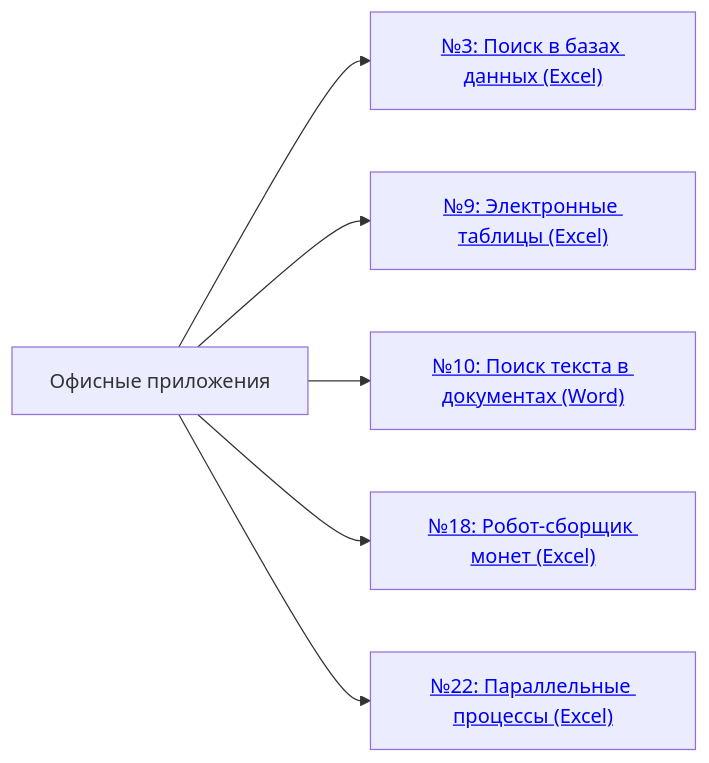
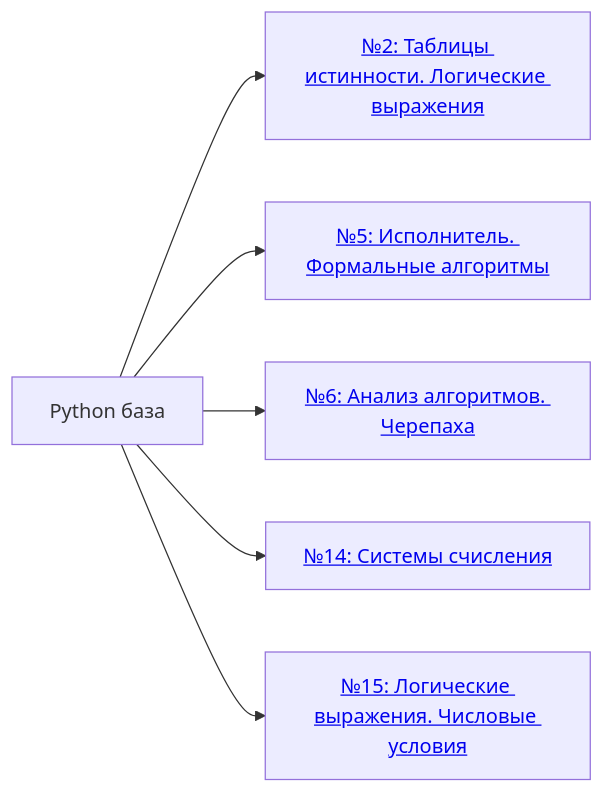
One commit to scharfff/spbpu-inf-course changed the third of 6 diagrams in README.md. Above: the diagram before and after it, drawn with Mermaid. The commit also changed other lines of this file and 30 other files, not shown here.

````diff
--- a/README.md
+++ b/README.md
@@ -114,15 +111,15 @@
 ```mermaid
 flowchart LR
-  T3["Офисные приложения"]
-  T3 --> T3a["<a href='https://github.com/scharfff/spbpu-inf-course/tree/2026/Задание_3_Поиск_БД'>№3: Поиск в базах данных (Excel)</a>"]
-  T3 --> T3b["<a href='https://github.com/scharfff/spbpu-inf-course/tree/2026/Задание_9_Электронные_таблицы'>№9: Электронные таблицы (Excel)</a>"]
-  T3 --> T3c["<a href='https://github.com/scharfff/spbpu-inf-course/tree/2026/Задание_10_Обработка_текстовой_информации'>№10: Поиск текста в документах (Word)</a>"]
-  T3 --> T3d["<a href='https://github.com/scharfff/spbpu-inf-course/tree/2026/Задание_18_Робот_сборщик_монет'>№18: Робот-сборщик монет (Excel)</a>"]
-  T3 --> T3e["<a href='https://github.com/scharfff/spbpu-inf-course/tree/2026/Задание_22_Вычислительные_процессы'>№22: Параллельные процессы (Excel)</a>"]
+  T3["Python база"]
+  T3 --> T3a["<a href='https://github.com/scharfff/spbpu-inf-course/tree/2027/Задание_2_Таблицы_истинности'>№2: Таблицы истинности. Логические выражения</a>"]
+  T3 --> T3b["<a href='https://github.com/scharfff/spbpu-inf-course/tree/2027/Задание_5_Исполнитель'>№5: Исполнитель. Формальные алгоритмы</a>"]
+  T3 --> T3c["<a href='https://github.com/scharfff/spbpu-inf-course/tree/2027/Задание_6_Черепаха'>№6: Анализ алгоритмов. Черепаха</a>"]
+  T3 --> T3d["<a href='https://github.com/scharfff/spbpu-inf-course/tree/2027/Задание_14_Системы_счисления'>№14: Системы счисления</a>"]
+  T3 --> T3e["<a href='https://github.com/scharfff/spbpu-inf-course/tree/2027/Задание_15_Логические_выражения'>№15: Логические выражения. Числовые условия</a>"]
 
-  click T3a "https://github.com/scharfff/spbpu-inf-course/tree/2026/Задание_3_Поиск_БД"
-  click T3b "https://github.com/scharfff/spbpu-inf-course/tree/2026/Задание_9_Электронные_таблицы"
-  click T3c "https://github.com/scharfff/spbpu-inf-course/tree/2026/Задание_10_Обработка_текстовой_информации"
-  click T3d "https://github.com/scharfff/spbpu-inf-course/tree/2026/Задание_18_Робот_сборщик_монет"
-  click T3e "https://github.com/scharfff/spbpu-inf-course/tree/2026/Задание_22_Вычислительные_процессы"
+  click T3a "https://github.com/scharfff/spbpu-inf-course/tree/2027/Задание_2_Таблицы_истинности"
+  click T3b "https://github.com/scharfff/spbpu-inf-course/tree/2027/Задание_5_Исполнитель"
+  click T3c "https://github.com/scharfff/spbpu-inf-course/tree/2027/Задание_6_Черепаха"
+  click T3d "https://github.com/scharfff/spbpu-inf-course/tree/2027/Задание_14_Системы_счисления"
+  click T3e "https://github.com/scharfff/spbpu-inf-course/tree/2027/Задание_15_Логические_выражения"
 ```
````
